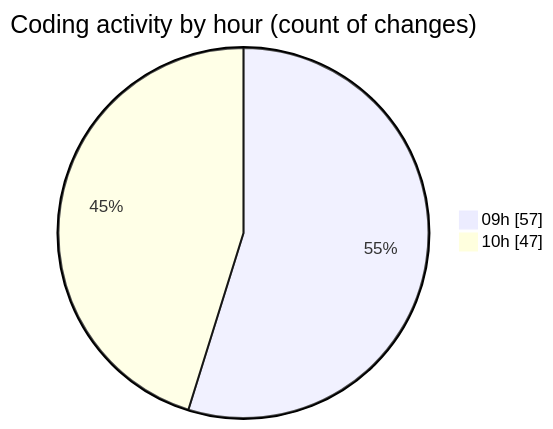
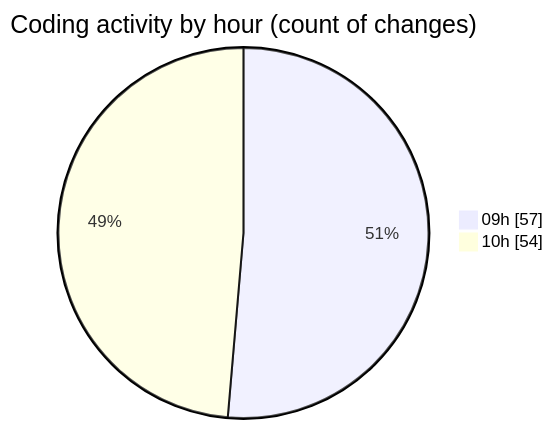
One commit to momahboobian/code-tracking changed the second of 2 diagrams in 2025-09-19/cda/README.md. Above: the diagram before and after it, drawn with Mermaid. The commit also changed other lines of this file and 1 other file, not shown here.

````diff
--- a/2025-09-19/cda/README.md
+++ b/2025-09-19/cda/README.md
@@ -30,6 +30,6 @@
 ```mermaid
 pie showData
 title Coding activity by hour (count of changes)
 "09h" : 57
-"10h" : 47
+"10h" : 54
 ```
````
